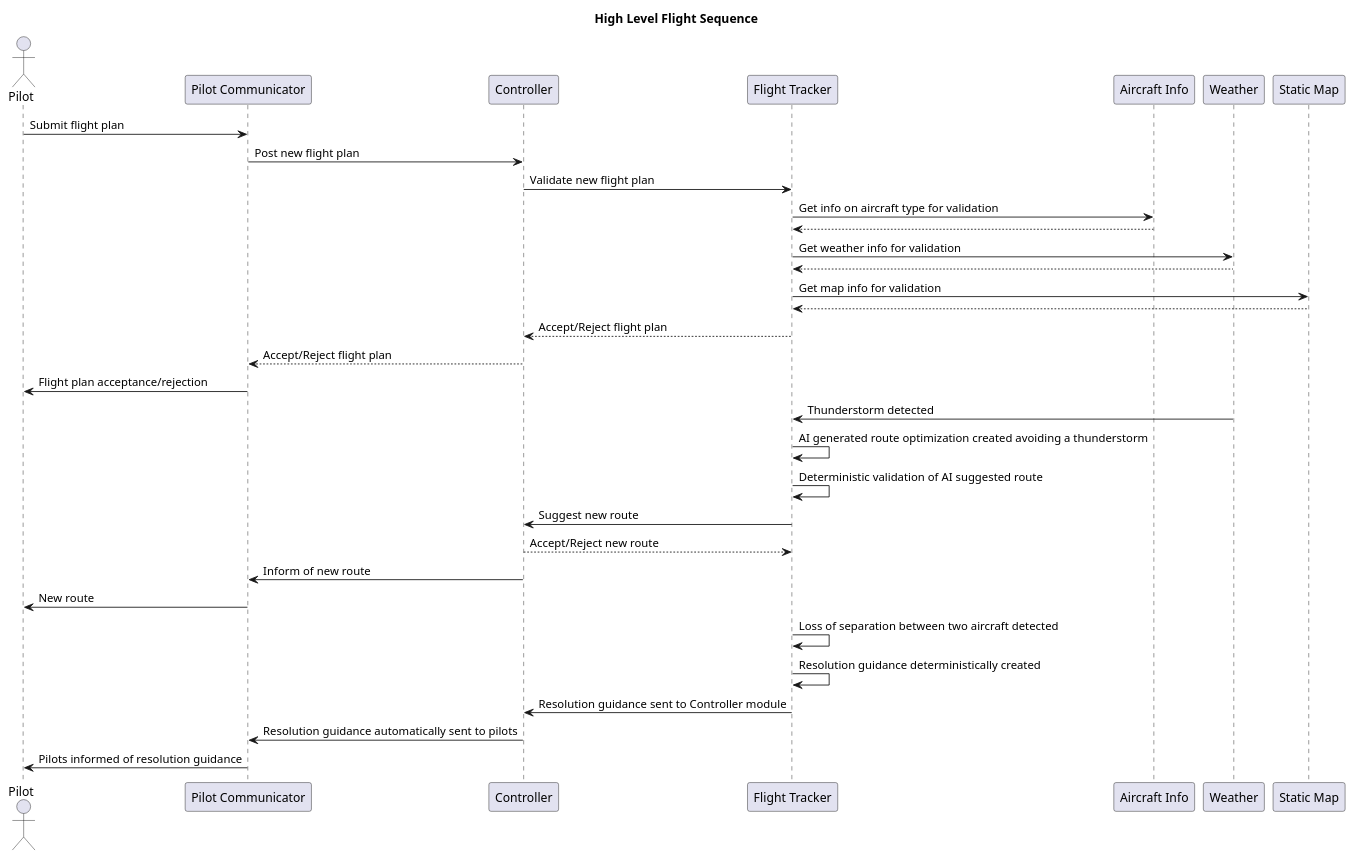
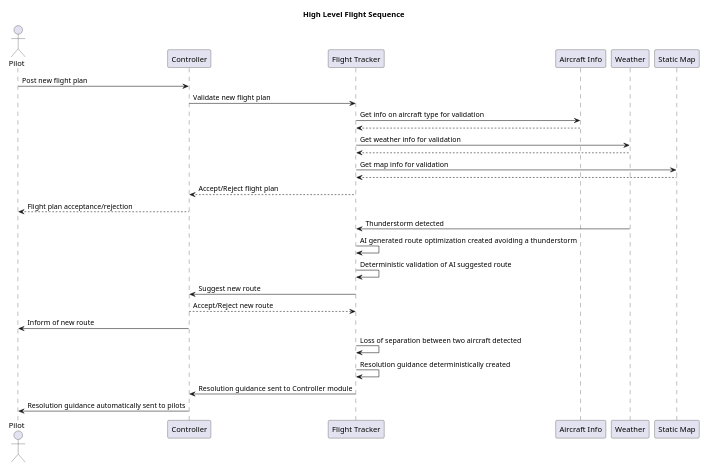
One commit to erikorlowski/cscie97 changed the fourth of 7 diagrams in cscie97/asn5/design.md. Above: the diagram before and after it, drawn with PlantUML. The commit also changed other lines of this file, not shown here.

````diff
--- a/cscie97/asn5/design.md
+++ b/cscie97/asn5/design.md
@@ -460,39 +472,35 @@
 ```plantuml
 @startuml
 title High Level Flight Sequence
+scale max 800 width
 
 actor Pilot as pilot
-participant "Pilot Communicator" as comms
 participant "Controller" as control
 participant "Flight Tracker" as tracker
 participant "Aircraft Info" as info
 participant "Weather" as weather
 participant "Static Map" as map
 
-pilot -> comms : Submit flight plan
-comms -> control : Post new flight plan
+pilot -> control : Post new flight plan
 control -> tracker : Validate new flight plan
 tracker -> info : Get info on aircraft type for validation
 info --> tracker
 tracker -> weather : Get weather info for validation
 weather --> tracker
 tracker -> map : Get map info for validation
 map --> tracker
 tracker --> control : Accept/Reject flight plan
-control --> comms : Accept/Reject flight plan
-comms -> pilot : Flight plan acceptance/rejection
+control --> pilot : Flight plan acceptance/rejection
 weather -> tracker: Thunderstorm detected
 tracker -> tracker : AI generated route optimization created avoiding a thunderstorm
 tracker -> tracker : Deterministic validation of AI suggested route
 tracker -> control : Suggest new route
 control --> tracker : Accept/Reject new route
-control -> comms : Inform of new route
-comms -> pilot : New route
+control -> pilot : Inform of new route
 tracker -> tracker : Loss of separation between two aircraft detected
 tracker -> tracker : Resolution guidance deterministically created
 tracker -> control : Resolution guidance sent to Controller module
-control -> comms : Resolution guidance automatically sent to pilots
-comms -> pilot : Pilots informed of resolution guidance
+control -> pilot : Resolution guidance automatically sent to pilots
 
 @enduml
 ```
````
